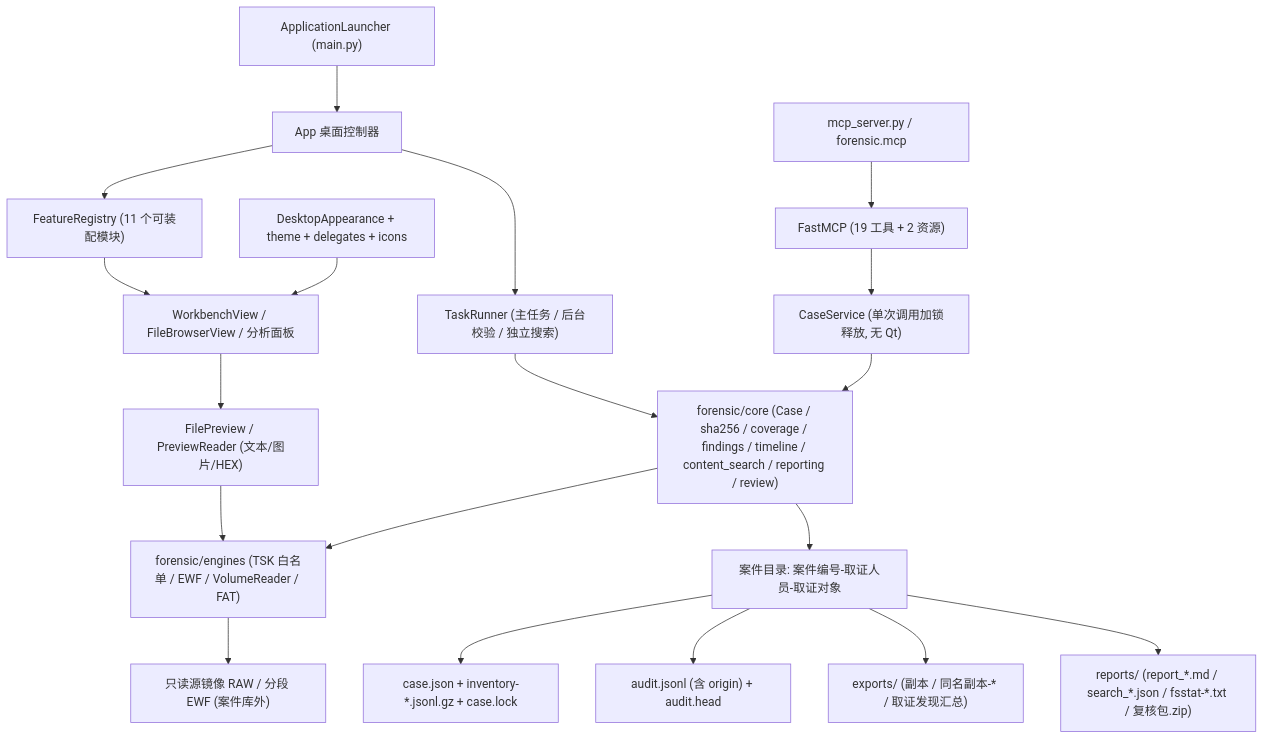
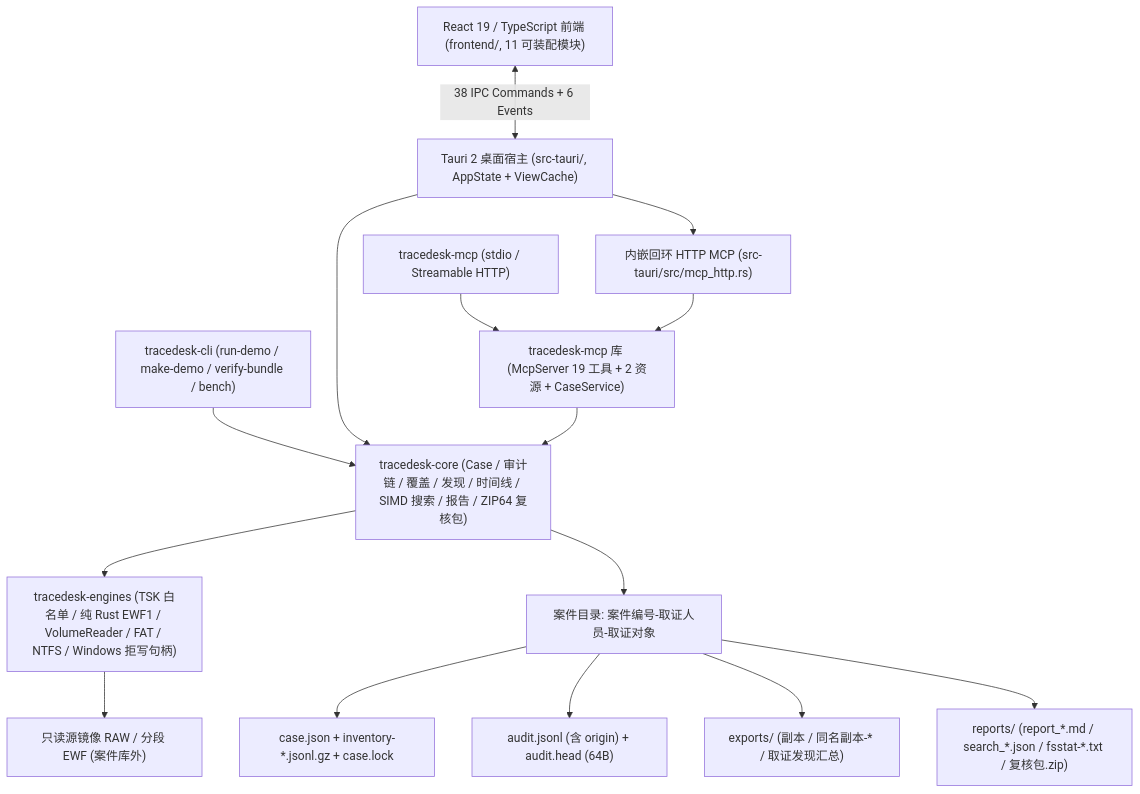
One commit to CYMR-1/TraceDesk changed the diagram in docs/设计与验收说明.md. Above: the diagram before and after it, drawn with Mermaid. The commit also changed other lines of this file and 4 other files, not shown here.

````diff
--- a/docs/设计与验收说明.md
+++ b/docs/设计与验收说明.md
@@ -32,24 +30,19 @@
 ```mermaid
 flowchart TD
-    L["ApplicationLauncher (main.py)"] --> A["App 桌面控制器"]
-    A --> FR["FeatureRegistry (11 个可装配模块)"]
-    FR --> V["WorkbenchView / FileBrowserView / 分析面板"]
-    S["DesktopAppearance + theme + delegates + icons"] --> V
-    V --> P["FilePreview / PreviewReader (文本/图片/HEX)"]
-    A --> Q["TaskRunner (主任务 / 后台校验 / 独立搜索)"]
+    UI["React 19 / TypeScript 前端 (frontend/, 11 可装配模块)"] <-->|"38 IPC Commands + 6 Events"| TAURI["Tauri 2 桌面宿主 (src-tauri/, AppState + ViewCache)"]
+    TAURI --> EMB["内嵌回环 HTTP MCP (src-tauri/src/mcp_http.rs)"]
+    CLI["tracedesk-cli (run-demo / make-demo / verify-bundle / bench)"] --> CORE
+    MCPBIN["tracedesk-mcp (stdio / Streamable HTTP)"] --> MCPLIB["tracedesk-mcp 库 (McpServer 19 工具 + 2 资源 + CaseService)"]
+    EMB --> MCPLIB
 
-    M["mcp_server.py / forensic.mcp"] --> FM["FastMCP (19 工具 + 2 资源)"]
-    FM --> MS["CaseService (单次调用加锁释放, 无 Qt)"]
-
-    Q --> CORE["forensic/core (Case / sha256 / coverage / findings / timeline / content_search / reporting / review)"]
-    MS --> CORE
-    CORE --> ENG["forensic/engines (TSK 白名单 / EWF / VolumeReader / FAT)"]
-    P --> ENG
+    TAURI --> CORE["tracedesk-core (Case / 审计链 / 覆盖 / 发现 / 时间线 / SIMD 搜索 / 报告 / ZIP64 复核包)"]
+    MCPLIB --> CORE
+    CORE --> ENG["tracedesk-engines (TSK 白名单 / 纯 Rust EWF1 / VolumeReader / FAT / NTFS / Windows 拒写句柄)"]
     ENG --> IMG["只读源镜像 RAW / 分段 EWF (案件库外)"]
 
     CORE --> CASE["案件目录: 案件编号-取证人员-取证对象"]
     CASE --> META["case.json + inventory-*.jsonl.gz + case.lock"]
-    CASE --> AUD["audit.jsonl (含 origin) + audit.head"]
+    CASE --> AUD["audit.jsonl (含 origin) + audit.head (64B)"]
     CASE --> EXP["exports/ (副本 / 同名副本-* / 取证发现汇总)"]
     CASE --> REP["reports/ (report_*.md / search_*.json / fsstat-*.txt / 复核包.zip)"]
 ```
````
